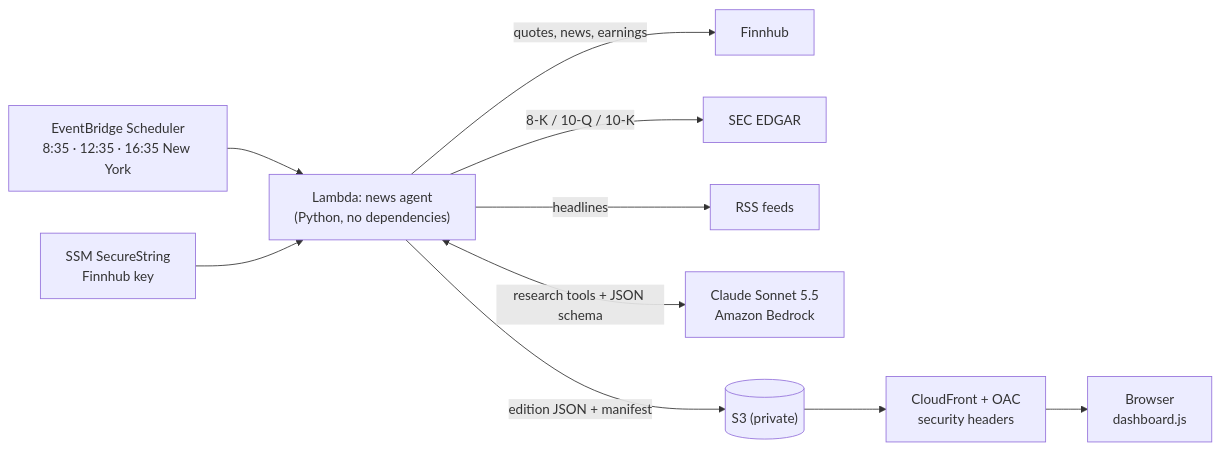
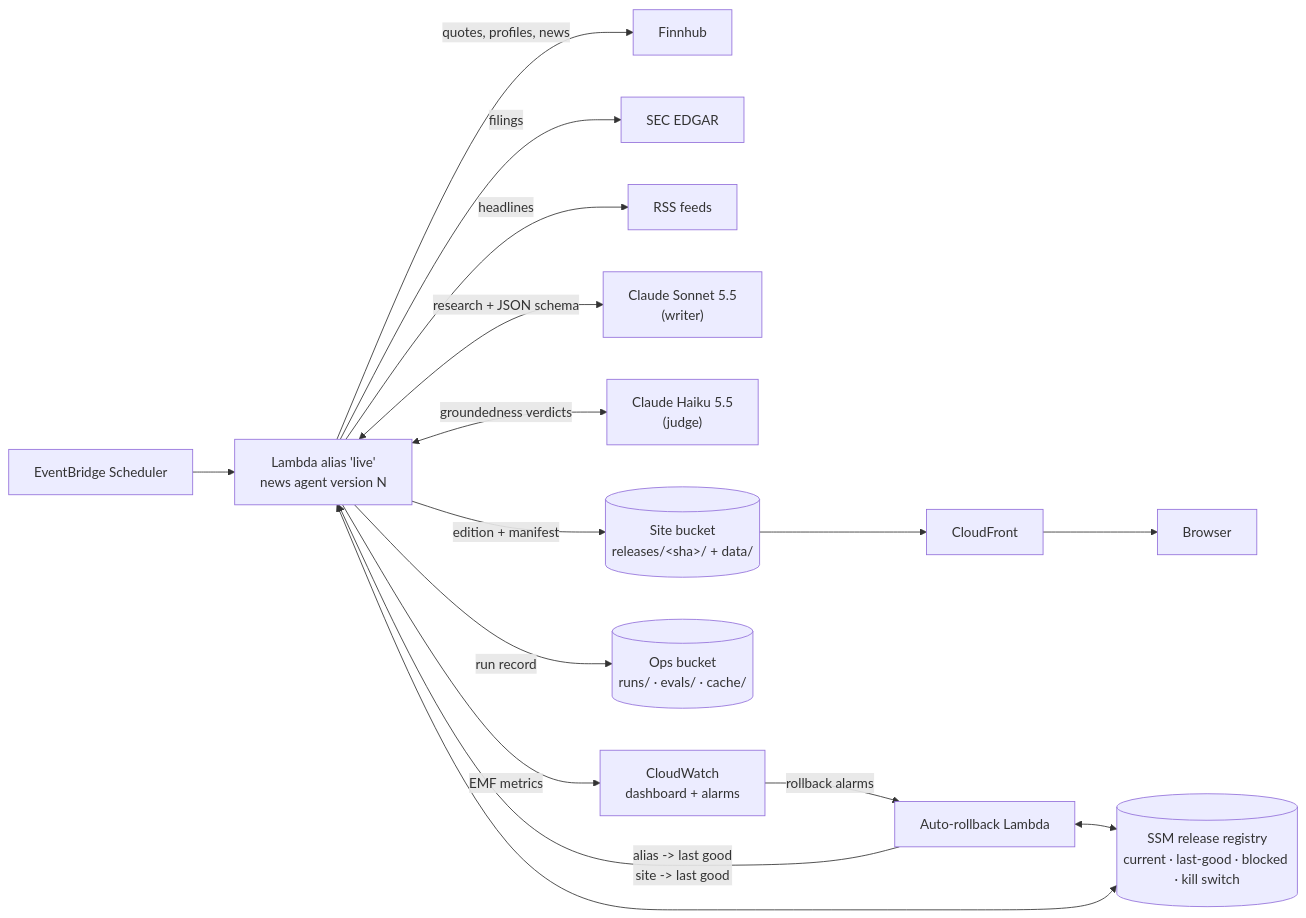
One commit to Cesarho96/stock-news-dashboard changed the diagram in README.md. Above: the diagram before and after it, drawn with Mermaid. The commit also changed other lines of this file and 53 other files, not shown here.

````diff
--- a/README.md
+++ b/README.md
@@ -24,11 +26,17 @@
 ```mermaid
 flowchart LR
-  SCH["EventBridge Scheduler<br/>8:35 · 12:35 · 16:35 New York"] --> L["Lambda: news agent<br/>(Python, no dependencies)"]
-  SSM["SSM SecureString<br/>Finnhub key"] --> L
-  L -->|quotes, news, earnings| FH[Finnhub]
-  L -->|8-K / 10-Q / 10-K| SEC[SEC EDGAR]
-  L -->|headlines| RSS[RSS feeds]
-  L <-->|"research tools + JSON schema"| BR["Claude Sonnet 5.5<br/>Amazon Bedrock"]
-  L -->|"edition JSON + manifest"| S3[("S3 (private)")]
-  S3 --> CF["CloudFront + OAC<br/>security headers"] --> WEB["Browser<br/>dashboard.js"]
+  SCH["EventBridge Scheduler"] --> A["Lambda alias 'live'<br/>news agent version N"]
+  A -->|quotes, profiles, news| FH[Finnhub]
+  A -->|filings| SEC[SEC EDGAR]
+  A -->|headlines| RSS[RSS feeds]
+  A <-->|"research + JSON schema"| W["Claude Sonnet 5.5<br/>(writer)"]
+  A <-->|groundedness verdicts| J["Claude Haiku 5.5<br/>(judge)"]
+  A -->|edition + manifest| S3[("Site bucket<br/>releases/&lt;sha&gt;/ + data/")]
+  A -->|run record| OPS[("Ops bucket<br/>runs/ · evals/ · cache/")]
+  A -->|EMF metrics| CW["CloudWatch<br/>dashboard + alarms"]
+  S3 --> CF[CloudFront] --> WEB[Browser]
+  CW -->|rollback alarms| RB["Auto-rollback Lambda"]
+  RB -->|"alias -> last good<br/>site -> last good"| A
+  REG[("SSM release registry<br/>current · last-good · blocked · kill switch")] <--> A
+  RB <--> REG
 ```
````
